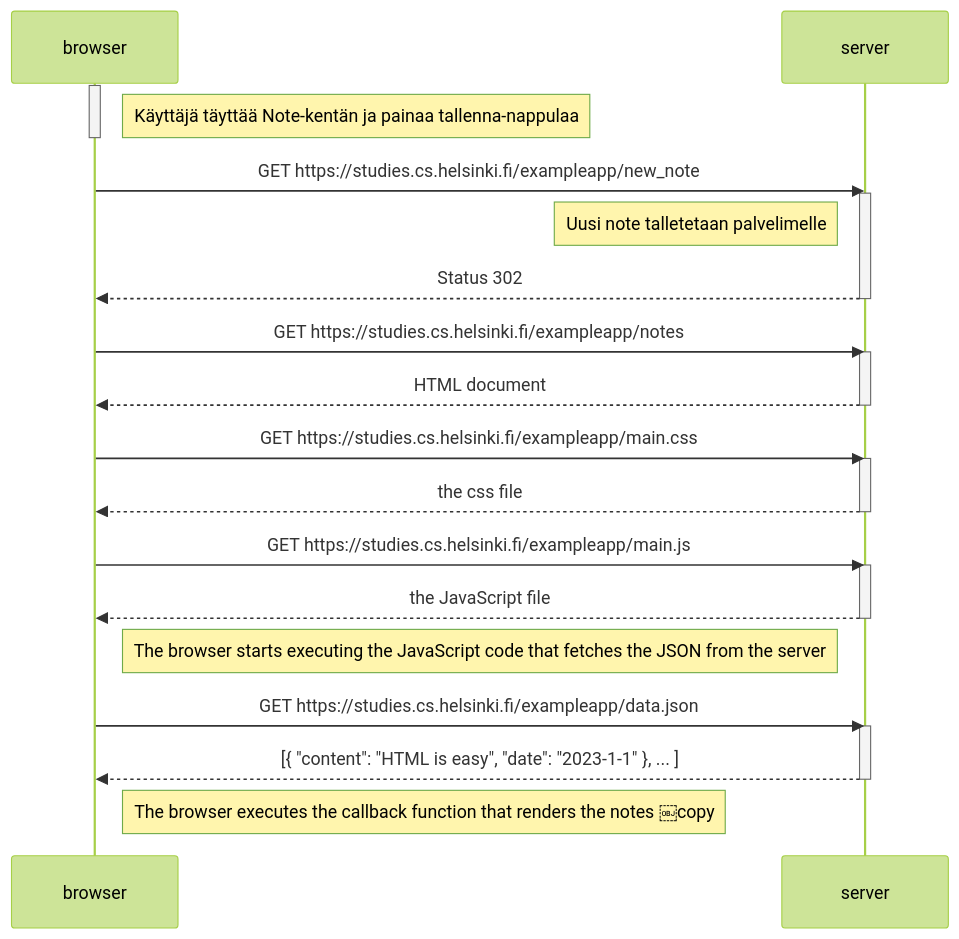
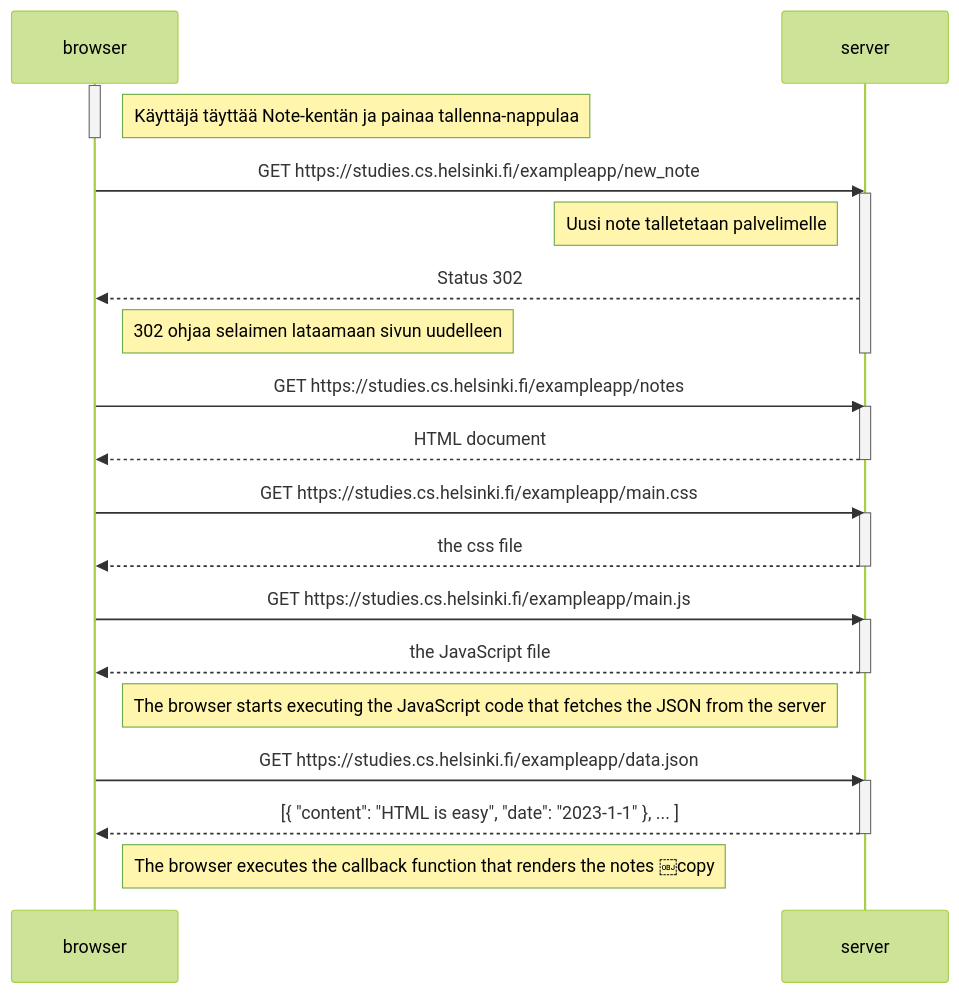
The diagram in README.md (samuana/fullstack2021), drawn with Mermaid (forest theme) before and after one commit.

Commit message:
Update README.md
Modattu 2

````diff
--- a/README.md
+++ b/README.md
@@ -1,39 +1,40 @@
 ```mermaid
 sequenceDiagram
     participant browser
     participant server
 
     activate browser
     Note right of browser: Käyttäjä täyttää Note-kentän ja painaa tallenna-nappulaa
     deactivate browser
 
     browser->>server: GET https://studies.cs.helsinki.fi/exampleapp/new_note
     activate server
     Note left of server: Uusi note talletetaan palvelimelle
     server-->>browser: Status 302
+    Note right of browser: 302 ohjaa selaimen lataamaan sivun uudelleen
     deactivate server
 
     browser->>server: GET https://studies.cs.helsinki.fi/exampleapp/notes
     activate server
     server-->>browser: HTML document
     deactivate server
 
     browser->>server: GET https://studies.cs.helsinki.fi/exampleapp/main.css
     activate server
     server-->>browser: the css file
     deactivate server
     
     browser->>server: GET https://studies.cs.helsinki.fi/exampleapp/main.js
     activate server
     server-->>browser: the JavaScript file
     deactivate server
     
     Note right of browser: The browser starts executing the JavaScript code that fetches the JSON from the server
     
     browser->>server: GET https://studies.cs.helsinki.fi/exampleapp/data.json
     activate server
     server-->>browser: [{ "content": "HTML is easy", "date": "2023-1-1" }, ... ]
     deactivate server    
 
     Note right of browser: The browser executes the callback function that renders the notes ￼copy
 ```
````
